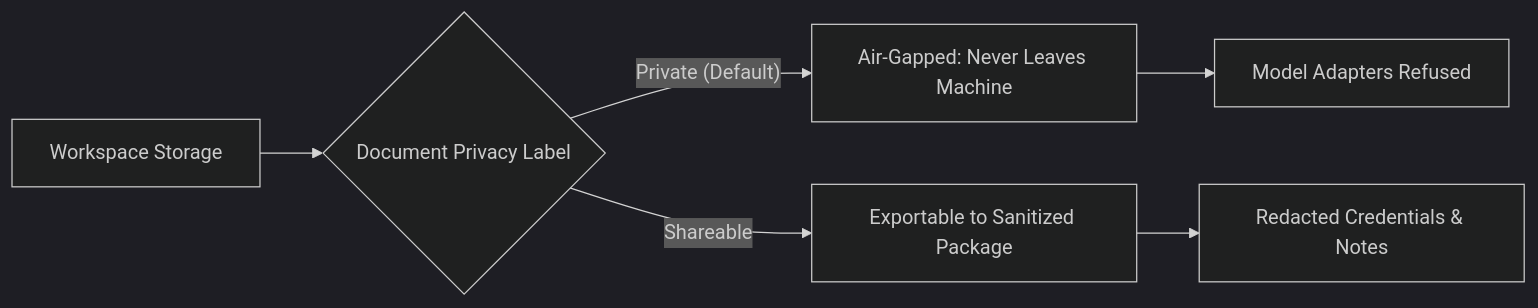
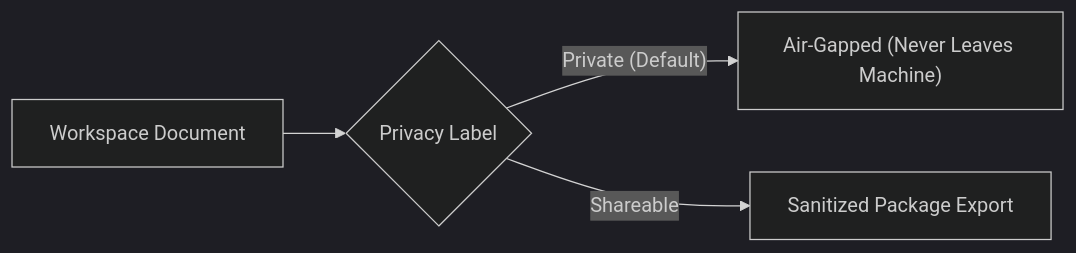
The second of 2 diagrams in docs/framework.md (GoCarbonTracker/go-carbon-tracker), drawn with Mermaid (dark theme) before and after one commit. The commit also changed other lines of this file and 1 other file, not shown here.

Commit message:
docs: streamline and simplify Mermaid diagrams for compact horizontal alignment

````diff
--- a/docs/framework.md
+++ b/docs/framework.md
@@ -97,9 +63,6 @@
 ```mermaid
 flowchart LR
-    A["Workspace Storage"] --> B{"Document Privacy Label"}
-    B -- "Private (Default)" --> C["Air-Gapped: Never Leaves Machine"]
-    B -- "Shareable" --> D["Exportable to Sanitized Package"]
-    
-    C --> E["Model Adapters Refused"]
-    D --> F["Redacted Credentials & Notes"]
+    Doc["Workspace Document"] --> Label{"Privacy Label"}
+    Label -- "Private (Default)" --> Airgap["Air-Gapped (Never Leaves Machine)"]
+    Label -- "Shareable" --> Export["Sanitized Package Export"]
 ```
````
